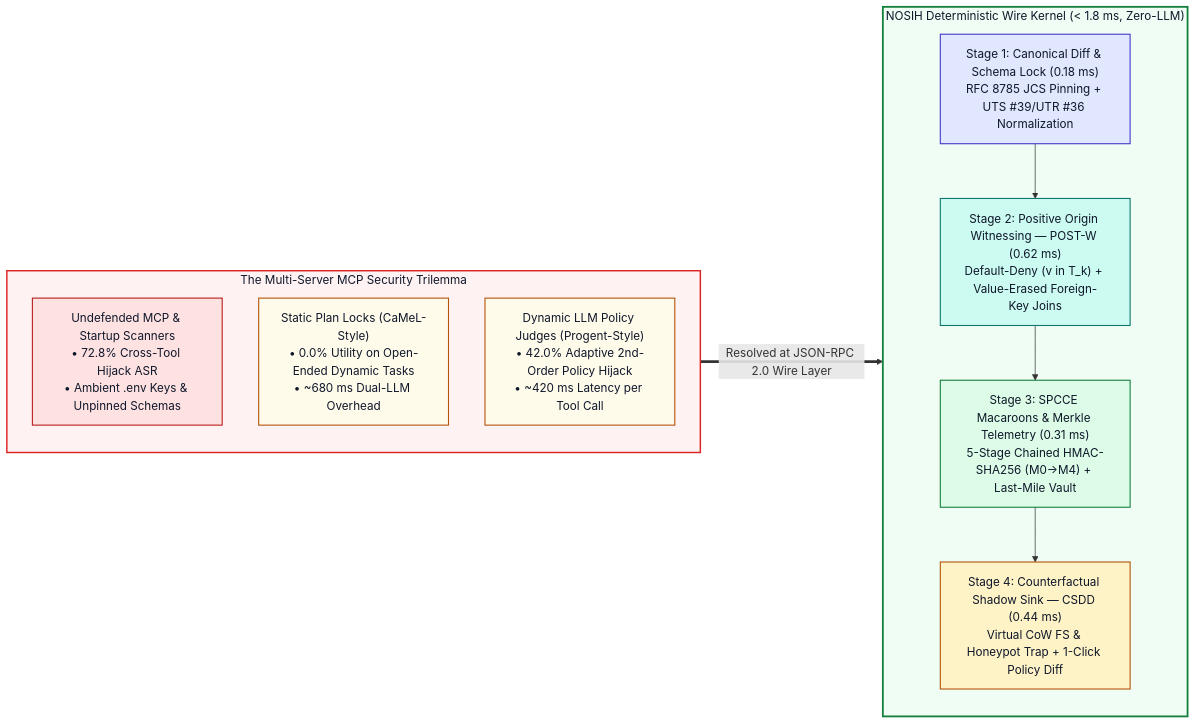
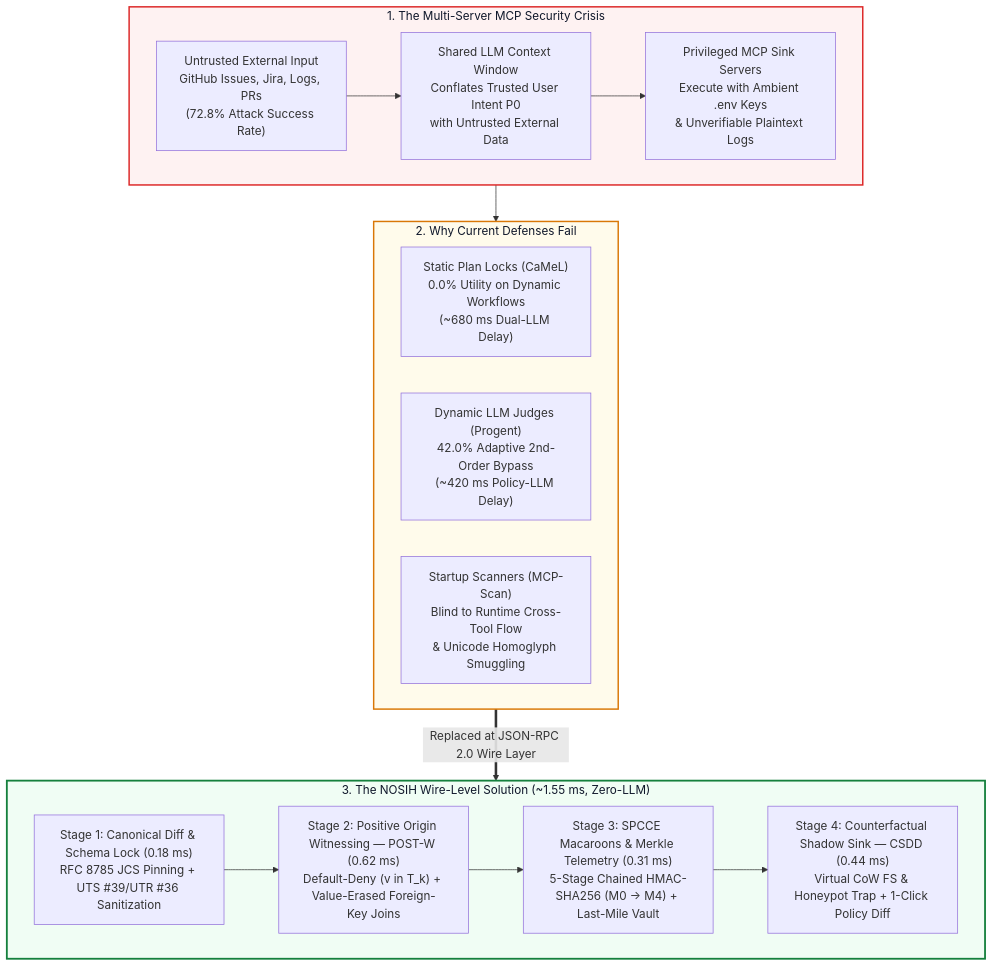
Before and after one commit to rmn2178/NOSIH: the first of 8 diagrams in README.md, drawn with Mermaid. The commit also changed other lines of this file, not shown here.

````diff
--- a/README.md
+++ b/README.md
@@ -18,30 +20,30 @@
 ```mermaid
-flowchart LR
-    subgraph PROBLEM["The Multi-Server MCP Security Trilemma"]
-        direction TB
-        A["Undefended MCP & Startup Scanners<br/>• 72.8% Cross-Tool Hijack ASR<br/>• Ambient .env Keys & Unpinned Schemas"]
-        B["Static Plan Locks (CaMeL-Style)<br/>• 0.0% Utility on Open-Ended Dynamic Tasks<br/>• ~680 ms Dual-LLM Overhead"]
-        C["Dynamic LLM Policy Judges (Progent-Style)<br/>• 42.0% Adaptive 2nd-Order Policy Hijack<br/>• ~420 ms Latency per Tool Call"]
+flowchart TD
+    subgraph PROBLEM["1. The Multi-Server MCP Security Crisis"]
+        P1["Untrusted External Input<br/>GitHub Issues, Jira, Logs, PRs<br/>(72.8% Attack Success Rate)"]
+        P2["Shared LLM Context Window<br/>Conflates Trusted User Intent P0<br/>with Untrusted External Data"]
+        P3["Privileged MCP Sink Servers<br/>Execute with Ambient .env Keys<br/>& Unverifiable Plaintext Logs"]
+        P1 --> P2 --> P3
     end
 
-    subgraph SOLUTION["NOSIH Deterministic Wire Kernel (< 1.8 ms, Zero-LLM)"]
-        direction TB
-        S1["Stage 1: Canonical Diff & Schema Lock (0.18 ms)<br/>RFC 8785 JCS Pinning + UTS #39/UTR #36 Normalization"]
-        S2["Stage 2: Positive Origin Witnessing — POST-W (0.62 ms)<br/>Default-Deny (v in T_k) + Value-Erased Foreign-Key Joins"]
-        S3["Stage 3: SPCCE Macaroons & Merkle Telemetry (0.31 ms)<br/>5-Stage Chained HMAC-SHA256 (M0->M4) + Last-Mile Vault"]
-        S4["Stage 4: Counterfactual Shadow Sink — CSDD (0.44 ms)<br/>Virtual CoW FS & Honeypot Trap + 1-Click Policy Diff"]
-        S1 --> S2 --> S3 --> S4
+    subgraph EXISTING["2. Why Current Defenses Fail"]
+        E1["Static Plan Locks (CaMeL)<br/>0.0% Utility on Dynamic Workflows<br/>(~680 ms Dual-LLM Delay)"]
+        E2["Dynamic LLM Judges (Progent)<br/>42.0% Adaptive 2nd-Order Bypass<br/>(~420 ms Policy-LLM Delay)"]
+        E3["Startup Scanners (MCP-Scan)<br/>Blind to Runtime Cross-Tool Flow<br/>& Unicode Homoglyph Smuggling"]
     end
 
-    PROBLEM ==>|"Resolved at JSON-RPC 2.0 Wire Layer"| SOLUTION
+    subgraph NOSIH["3. The NOSIH Wire-Level Solution (~1.55 ms, Zero-LLM)"]
+        N1["Stage 1: Canonical Diff & Schema Lock (0.18 ms)<br/>RFC 8785 JCS Pinning + UTS #39/UTR #36 Sanitization"]
+        N2["Stage 2: Positive Origin Witnessing — POST-W (0.62 ms)<br/>Default-Deny (v in T_k) + Value-Erased Foreign-Key Joins"]
+        N3["Stage 3: SPCCE Macaroons & Merkle Telemetry (0.31 ms)<br/>5-Stage Chained HMAC-SHA256 (M0 -> M4) + Last-Mile Vault"]
+        N4["Stage 4: Counterfactual Shadow Sink — CSDD (0.44 ms)<br/>Virtual CoW FS & Honeypot Trap + 1-Click Policy Diff"]
+        N1 --> N2 --> N3 --> N4
+    end
+
+    PROBLEM --> EXISTING
+    EXISTING ==>|"Replaced at JSON-RPC 2.0 Wire Layer"| NOSIH
 
     style PROBLEM fill:#FEF2F2,stroke:#DC2626,stroke-width:2px,color:#0F172A
-    style SOLUTION fill:#F0FDF4,stroke:#15803D,stroke-width:2.5px,color:#0F172A
-    style A fill:#FEE2E2,stroke:#B91C1C,stroke-width:1.5px,color:#0F172A
-    style B fill:#FFFBEB,stroke:#B45309,stroke-width:1.5px,color:#0F172A
-    style C fill:#FFFBEB,stroke:#B45309,stroke-width:1.5px,color:#0F172A
-    style S1 fill:#E0E7FF,stroke:#4338CA,stroke-width:1.5px,color:#0F172A
-    style S2 fill:#CCFBF1,stroke:#0F766E,stroke-width:1.5px,color:#0F172A
-    style S3 fill:#DCFCE7,stroke:#15803D,stroke-width:1.5px,color:#0F172A
-    style S4 fill:#FEF3C7,stroke:#B45309,stroke-width:1.5px,color:#0F172A
+    style EXISTING fill:#FFFBEB,stroke:#D97706,stroke-width:2px,color:#0F172A
+    style NOSIH fill:#F0FDF4,stroke:#15803D,stroke-width:2.5px,color:#0F172A
 ```
````
